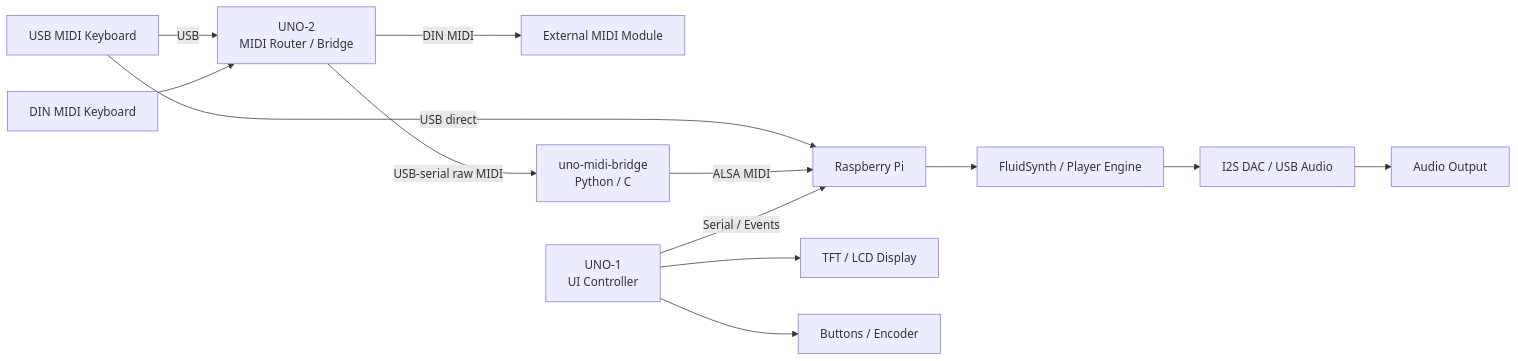
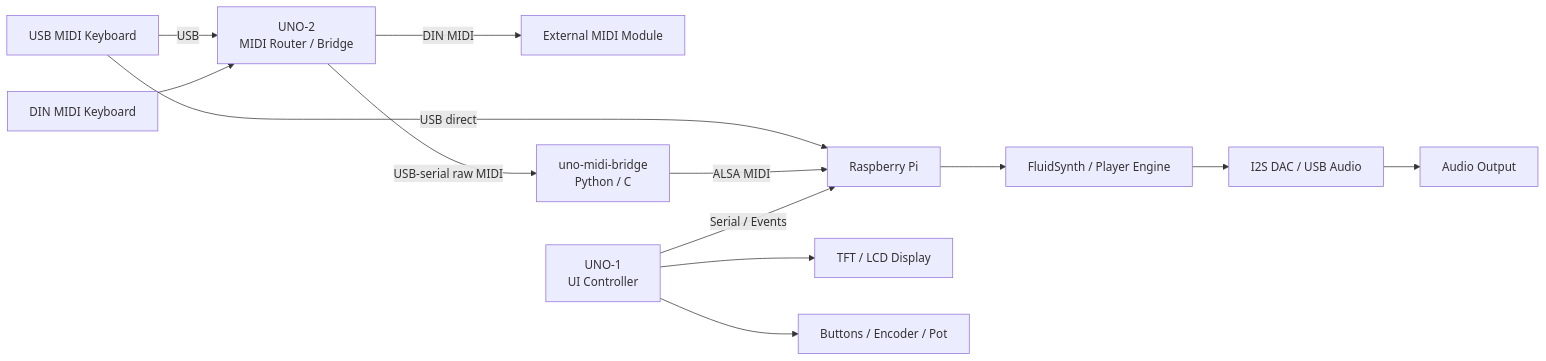
One commit to jeong0449/FluidArdule changed the diagram in architecture.md. Above: the diagram before and after it, drawn with Mermaid.

````diff
--- a/architecture.md
+++ b/architecture.md
@@ -7,28 +7,28 @@
 ```mermaid
 flowchart LR
 
     %% --- MIDI INPUT ---
     KBD1[USB MIDI Keyboard] -->|USB| UNO2[UNO-2<br/>MIDI Router / Bridge]
     KBD2[DIN MIDI Keyboard] --> UNO2
 
     %% direct path
     KBD1 -->|USB direct| PI[Raspberry Pi]
 
     %% --- MIDI ROUTING ---
     UNO2 -->|DIN MIDI| EXT[External MIDI Module]
     UNO2 -->|USB-serial raw MIDI| BRIDGE[uno-midi-bridge<br/>Python / C]
 
     %% --- PI ENGINE ---
     BRIDGE -->|ALSA MIDI| PI
 
     PI --> FS[FluidSynth / Player Engine]
 
     %% --- UI CONTROL (UNO-1) ---
     UNO1[UNO-1<br/>UI Controller] -->|Serial / Events| PI
     UNO1 --> LCD[TFT / LCD Display]
-    UNO1 --> CTRL[Buttons / Encoder]
+    UNO1 --> CTRL[Buttons / Encoder / Pot]
 
     %% --- AUDIO OUTPUT ---
     FS --> DAC[I2S DAC / USB Audio]
     DAC --> OUT[Audio Output]
 ```
````
